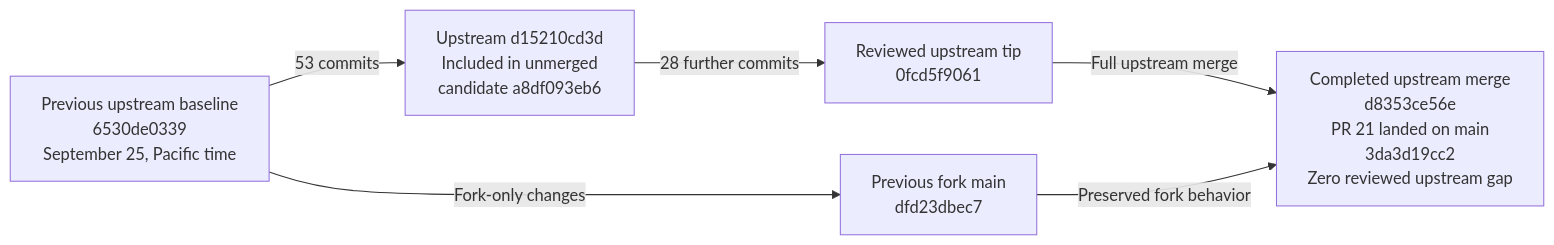
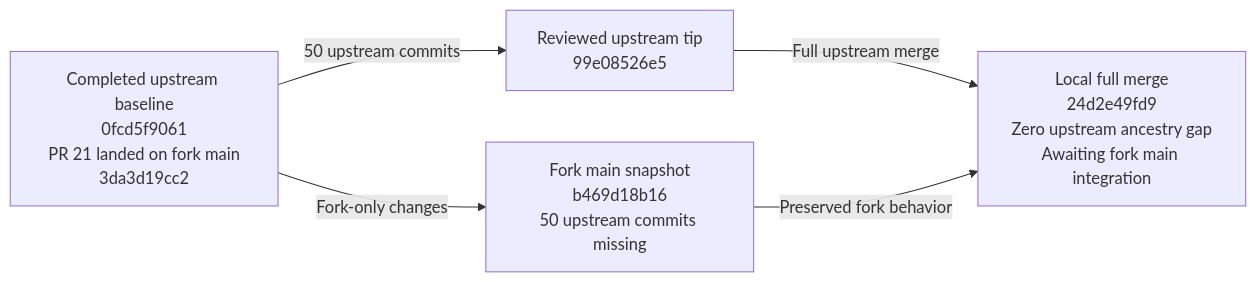
The diagram in wiki/assets/upstream-integration.mmd (NicholasZolton/t3code), drawn with Mermaid before and after one commit. The commit also changed 3 other files, not shown here.

Commit message:
docs(wiki): record upstream integration candidate

```diff
--- a/wiki/assets/upstream-integration.mmd
+++ b/wiki/assets/upstream-integration.mmd
@@ -1,19 +1,17 @@
 ---
 config:
   fontFamily: Arial, sans-serif
   themeVariables:
     fontFamily: Arial, sans-serif
 ---
 %% Render with mmdc -s 3 --no-font-embed to keep the SVG free of bundled fonts.
 flowchart LR
-    baseline["Previous upstream baseline<br/>6530de0339<br/>September 25, Pacific time"]
-    candidate["Upstream d15210cd3d<br/>Included in unmerged<br/>candidate a8df093eb6"]
-    latest["Reviewed upstream tip<br/>0fcd5f9061"]
-    fork["Previous fork main<br/>dfd23dbec7"]
-    integrated["Completed upstream merge<br/>d8353ce56e<br/>PR 21 landed on main<br/>3da3d19cc2<br/>Zero reviewed upstream gap"]
+    baseline["Completed upstream baseline<br/>0fcd5f9061<br/>PR 21 landed on fork main<br/>3da3d19cc2"]
+    latest["Reviewed upstream tip<br/>99e08526e5"]
+    fork["Fork main snapshot<br/>b469d18b16<br/>50 upstream commits missing"]
+    candidate["Local full merge<br/>24d2e49fd9<br/>Zero upstream ancestry gap<br/>Awaiting fork main integration"]
 
-    baseline -->|53 commits| candidate
-    candidate -->|28 further commits| latest
+    baseline -->|50 upstream commits| latest
     baseline -->|Fork-only changes| fork
-    latest -->|Full upstream merge| integrated
-    fork -->|Preserved fork behavior| integrated
+    latest -->|Full upstream merge| candidate
+    fork -->|Preserved fork behavior| candidate
```
